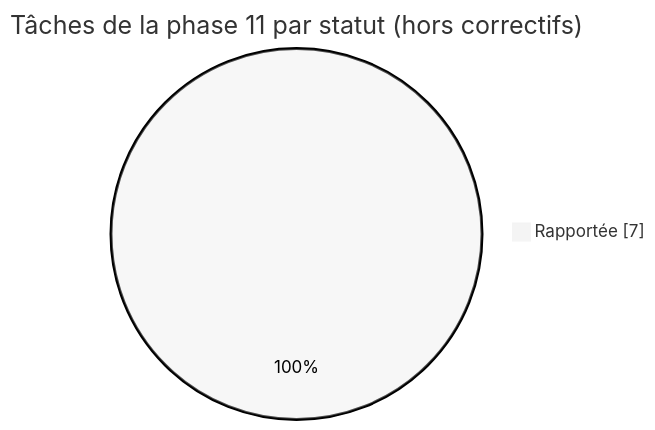
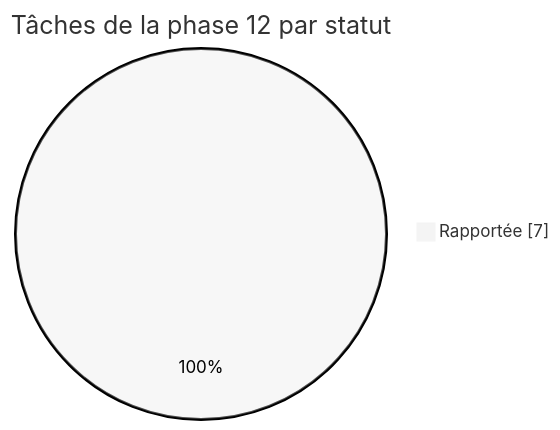
Before and after one commit to lyon32/lyonpanel: the third of 5 diagrams in docs/reports/TABLEAU-DE-BORD.md, drawn with Mermaid (neutral theme). The commit also changed other lines of this file and 14 other files, not shown here.

Commit message:
docs(phase-12): bilan, rapports, sécurité, roadmap, changelog, API_SPEC (q)

````diff
--- a/docs/reports/TABLEAU-DE-BORD.md
+++ b/docs/reports/TABLEAU-DE-BORD.md
@@ -82,5 +80,5 @@
 ```mermaid
 pie showData
-  title Tâches de la phase 11 par statut (hors correctifs)
+  title Tâches de la phase 12 par statut
   "Rapportée" : 7
 ```
````
